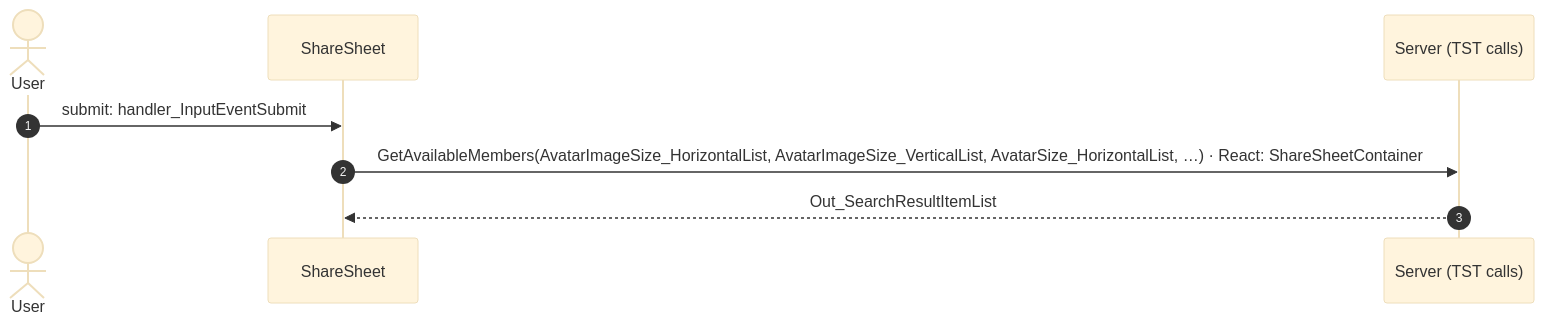
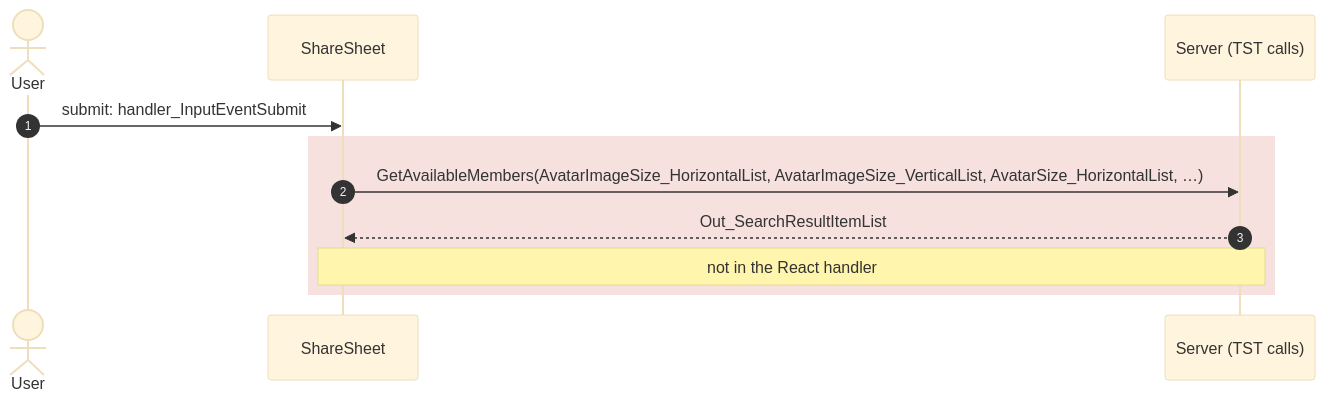
Diagram 44 of 47 in migration/route-actions/HomeFeed.md (Phoenix-DX/connect-new-ui), drawn with Mermaid (base theme) before and after one commit. The commit also changed other lines of this file and 90 other files, not shown here.

Commit message:
route actions: React sequence diagram per user action next to OutSystems, differences in red; React handlers read branch by branch and matched by comment, name and block; white SVG background; all SVGs of a file in one browser (HomeFeed 67 s to 14 s)

````diff
--- a/migration/route-actions/HomeFeed.md
+++ b/migration/route-actions/HomeFeed.md
@@ -608,10 +1053,13 @@
 ```mermaid
 sequenceDiagram
   autonumber
   actor U as User
   participant B as ShareSheet
   participant S as Server (TST calls)
   U->>B: submit: handler_InputEventSubmit
-  B->>S: GetAvailableMembers(AvatarImageSize_HorizontalList, AvatarImageSize_VerticalList, AvatarSize_HorizontalList, …) · React: ShareSheetContainer
+  rect rgba(192, 57, 43, 0.15)
+  B->>S: GetAvailableMembers(AvatarImageSize_HorizontalList, AvatarImageSize_VerticalList, AvatarSize_HorizontalList, …)
   S-->>B: Out_SearchResultItemList
+  Note over B,S: not in the React handler
+  end
 ```
````
